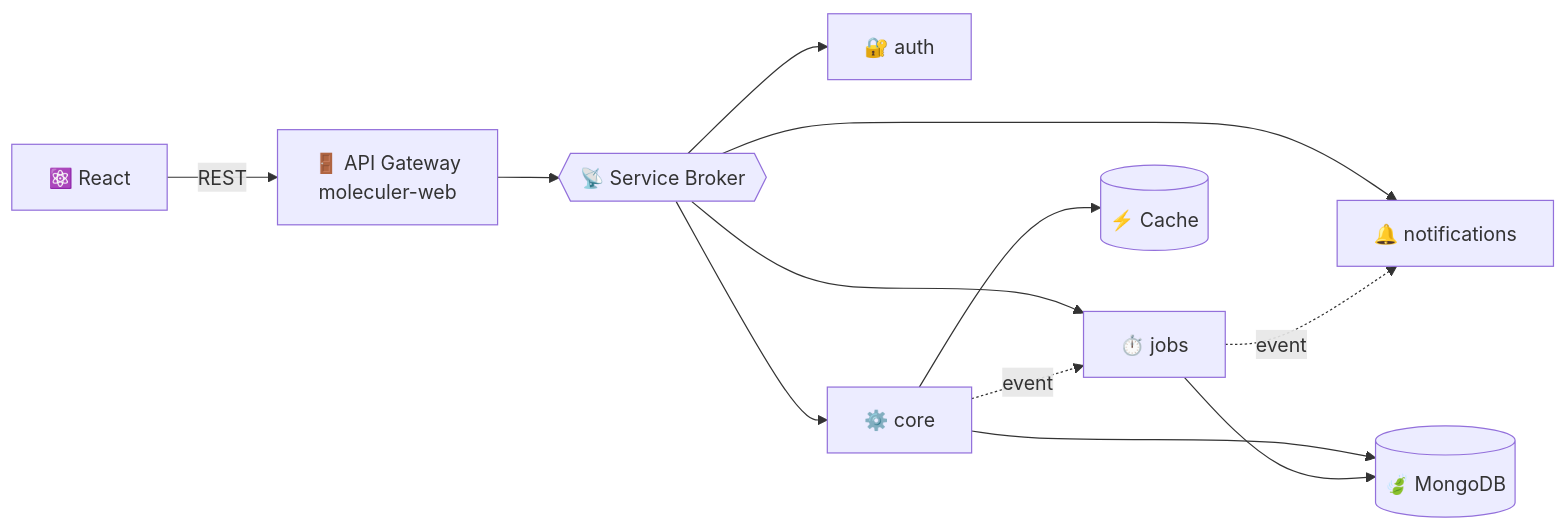
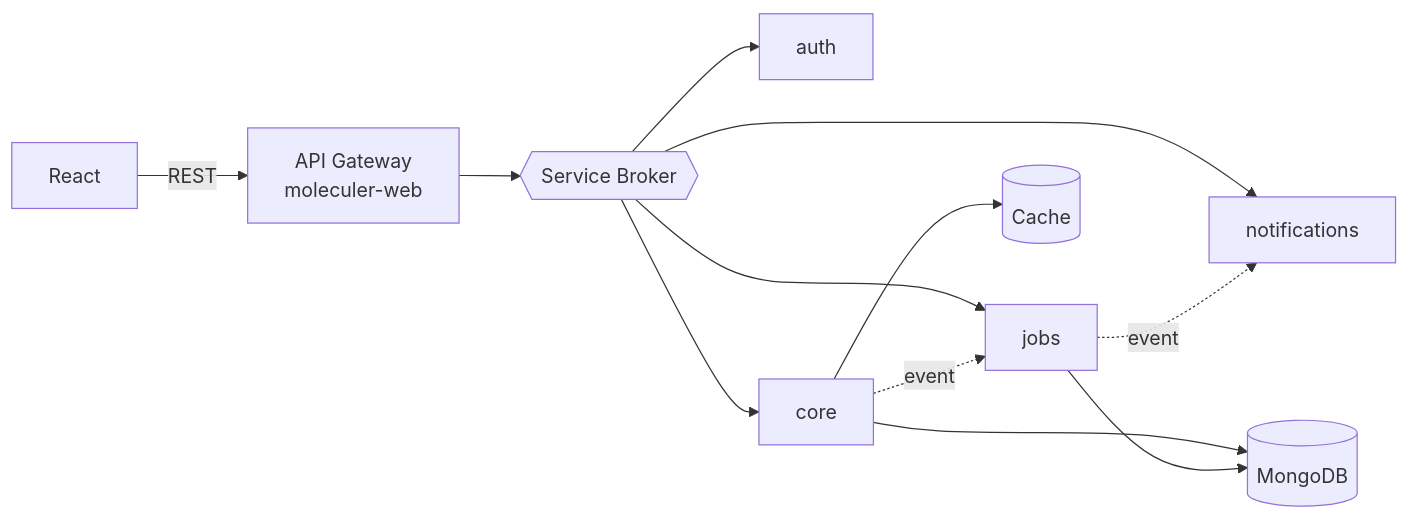
The second of 2 diagrams in README.md (JavierIvanValenzuelaEsparza/JavierIvanValenzuelaEsparza), drawn with Mermaid before and after one commit. The commit also changed other lines of this file, not shown here.

````diff
--- a/README.md
+++ b/README.md
@@ -85,14 +85,14 @@
 ```mermaid
 flowchart LR
-    UI["⚛️ React"] -->|REST| GW["🚪 API Gateway<br/>moleculer-web"]
-    GW --> BUS{{"📡 Service Broker"}}
-    BUS --> S1["🔐 auth"]
-    BUS --> S2["⚙️ core"]
-    BUS --> S3["⏱️ jobs"]
-    BUS --> S4["🔔 notifications"]
+    UI["React"] -->|REST| GW["API Gateway<br/>moleculer-web"]
+    GW --> BUS{{"Service Broker"}}
+    BUS --> S1["auth"]
+    BUS --> S2["core"]
+    BUS --> S3["jobs"]
+    BUS --> S4["notifications"]
     S2 -.->|event| S3
     S3 -.->|event| S4
-    S2 --> C[("⚡ Cache")]
-    S2 --> DB[("🍃 MongoDB")]
+    S2 --> C[("Cache")]
+    S2 --> DB[("MongoDB")]
     S3 --> DB
 ```
````
